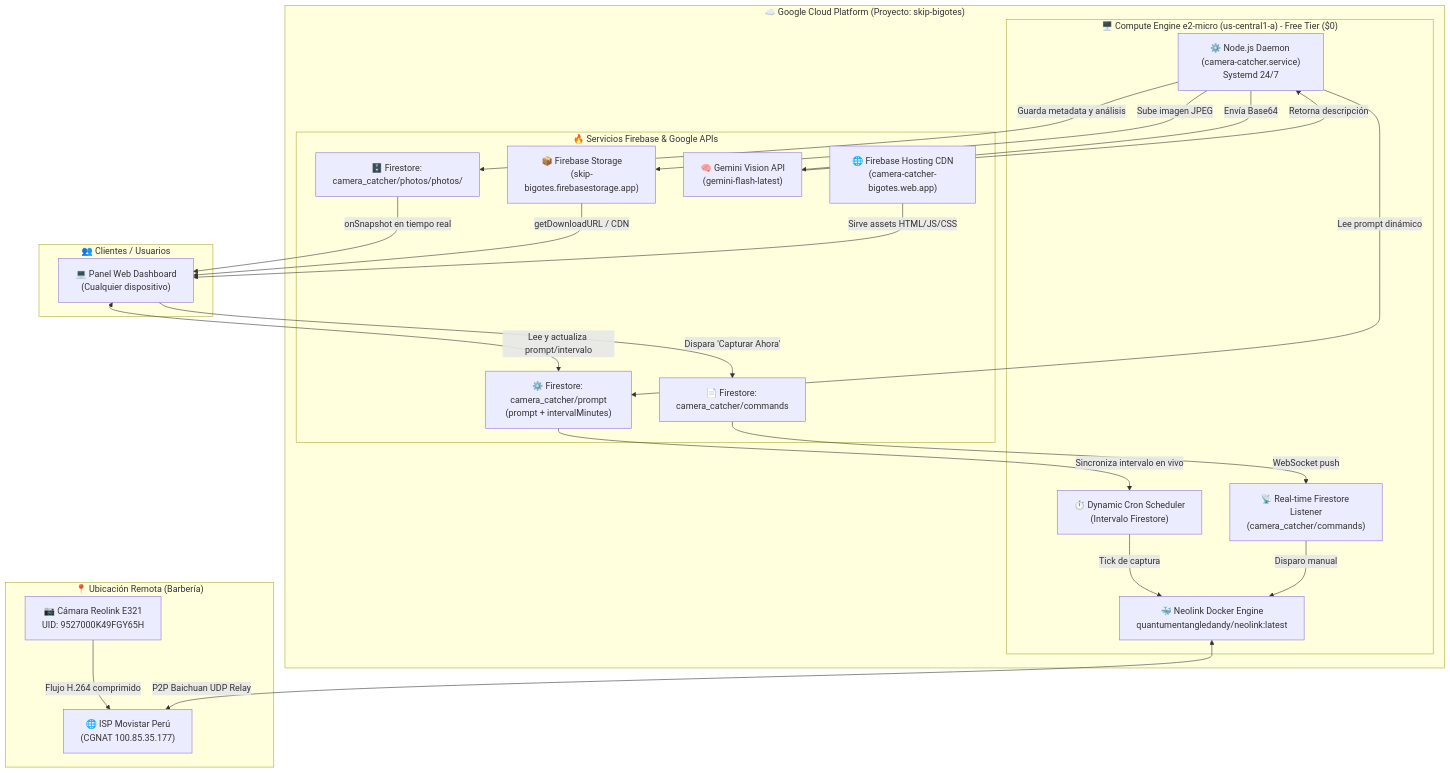
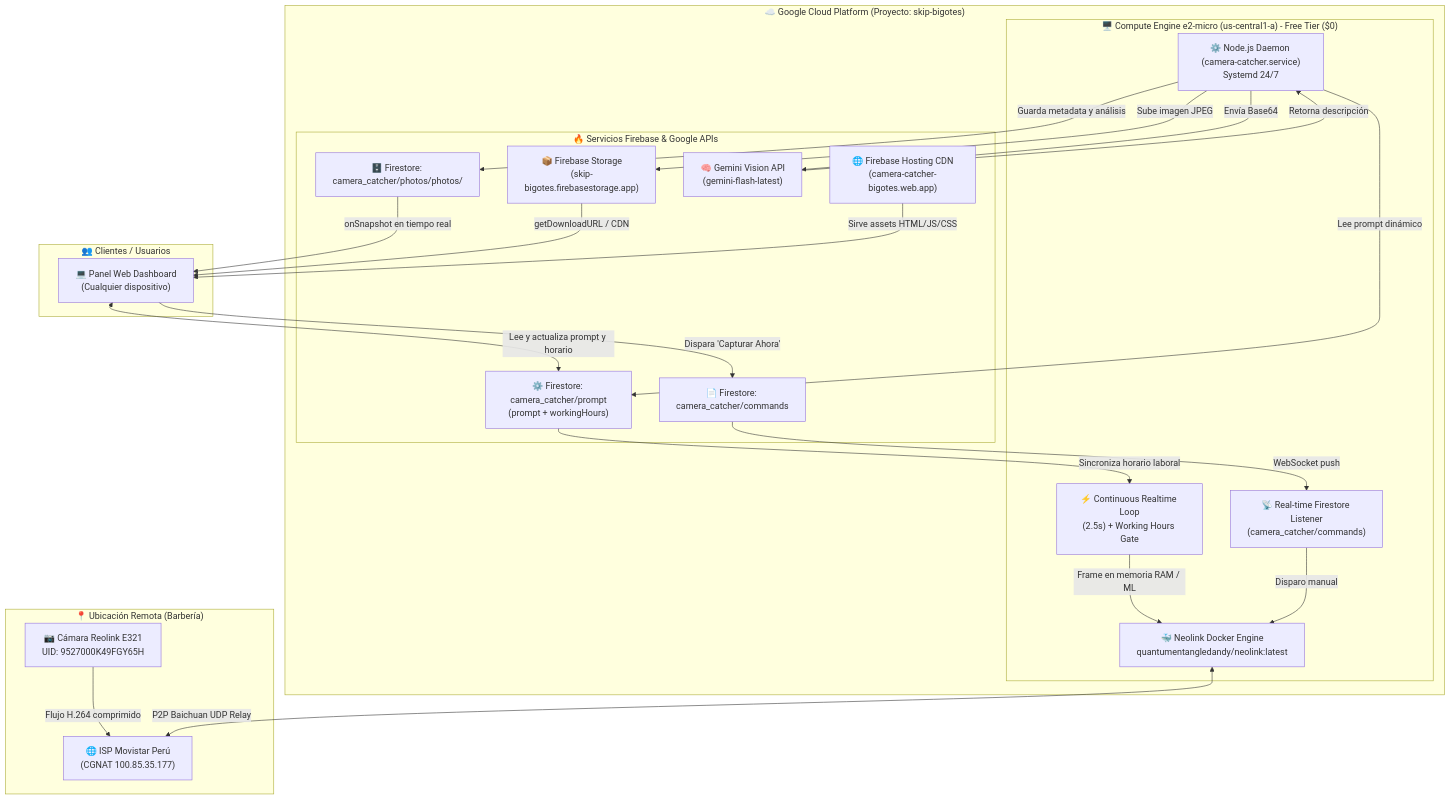
One commit to mijahilbarra/smartcam changed the first of 2 diagrams in agent/decisions/index.md. Above: the diagram before and after it, drawn with Mermaid. The commit also changed other lines of this file and 21 other files, not shown here.

Commit message:
refactor(daemon): remove 15-minute interval scheduler in favor of realtime loop

````diff
--- a/agent/decisions/index.md
+++ b/agent/decisions/index.md
@@ -19,47 +19,47 @@
 ```mermaid
 flowchart TB
     subgraph Edge ["📍 Ubicación Remota (Barbería)"]
         CAM["📷 Cámara Reolink E321<br/>UID: 9527000K49FGY65H"]
         CGNAT["🌐 ISP Movistar Perú<br/>(CGNAT 100.85.35.177)"]
         CAM -->|Flujo H.264 comprimido| CGNAT
     end
 
     subgraph GCP ["☁️ Google Cloud Platform (Proyecto: skip-bigotes)"]
         subgraph VM ["🖥️ Compute Engine e2-micro (us-central1-a) - Free Tier ($0)"]
             DAEMON["⚙️ Node.js Daemon (camera-catcher.service)<br/>Systemd 24/7"]
             DOCKER["🐳 Neolink Docker Engine<br/>quantumentangledandy/neolink:latest"]
-            SCHEDULER["⏱️ Dynamic Cron Scheduler<br/>(Intervalo Firestore)"]
+            REALTIME["⚡ Continuous Realtime Loop<br/>(2.5s) + Working Hours Gate"]
             LISTENER["📡 Real-time Firestore Listener<br/>(camera_catcher/commands)"]
 
-            SCHEDULER -->|Tick de captura| DOCKER
+            REALTIME -->|Frame en memoria RAM / ML| DOCKER
             LISTENER -->|Disparo manual| DOCKER
             DOCKER <-->|P2P Baichuan UDP Relay| CGNAT
         end
 
         subgraph FirebaseServices ["🔥 Servicios Firebase & Google APIs"]
             FS_CMD["📄 Firestore: camera_catcher/commands"]
-            FS_CFG["⚙️ Firestore: camera_catcher/prompt<br/>(prompt + intervalMinutes)"]
+            FS_CFG["⚙️ Firestore: camera_catcher/prompt<br/>(prompt + workingHours)"]
             FS_PHOTOS["🗄️ Firestore: camera_catcher/photos/photos/<doc>"]
             STORAGE["📦 Firebase Storage<br/>(skip-bigotes.firebasestorage.app)"]
             GEMINI["🧠 Gemini Vision API<br/>(gemini-flash-latest)"]
             HOSTING["🌐 Firebase Hosting CDN<br/>(camera-catcher-bigotes.web.app)"]
         end
 
         DAEMON -->|Sube imagen JPEG| STORAGE
         DAEMON -->|Lee prompt dinámico| FS_CFG
-        FS_CFG -->|Sincroniza intervalo en vivo| SCHEDULER
+        FS_CFG -->|Sincroniza horario laboral| REALTIME
         DAEMON -->|Envía Base64| GEMINI
         GEMINI -->|Retorna descripción| DAEMON
         DAEMON -->|Guarda metadata y análisis| FS_PHOTOS
         FS_CMD -->|WebSocket push| LISTENER
     end
 
     subgraph Clients ["👥 Clientes / Usuarios"]
         BROWSER["💻 Panel Web Dashboard<br/>(Cualquier dispositivo)"]
-        BROWSER <-->|Lee y actualiza prompt/intervalo| FS_CFG
+        BROWSER <-->|Lee y actualiza prompt y horario| FS_CFG
         BROWSER -->|Dispara 'Capturar Ahora'| FS_CMD
         FS_PHOTOS -->|onSnapshot en tiempo real| BROWSER
         STORAGE -->|getDownloadURL / CDN| BROWSER
         HOSTING -->|Sirve assets HTML/JS/CSS| BROWSER
     end
 ```
````
